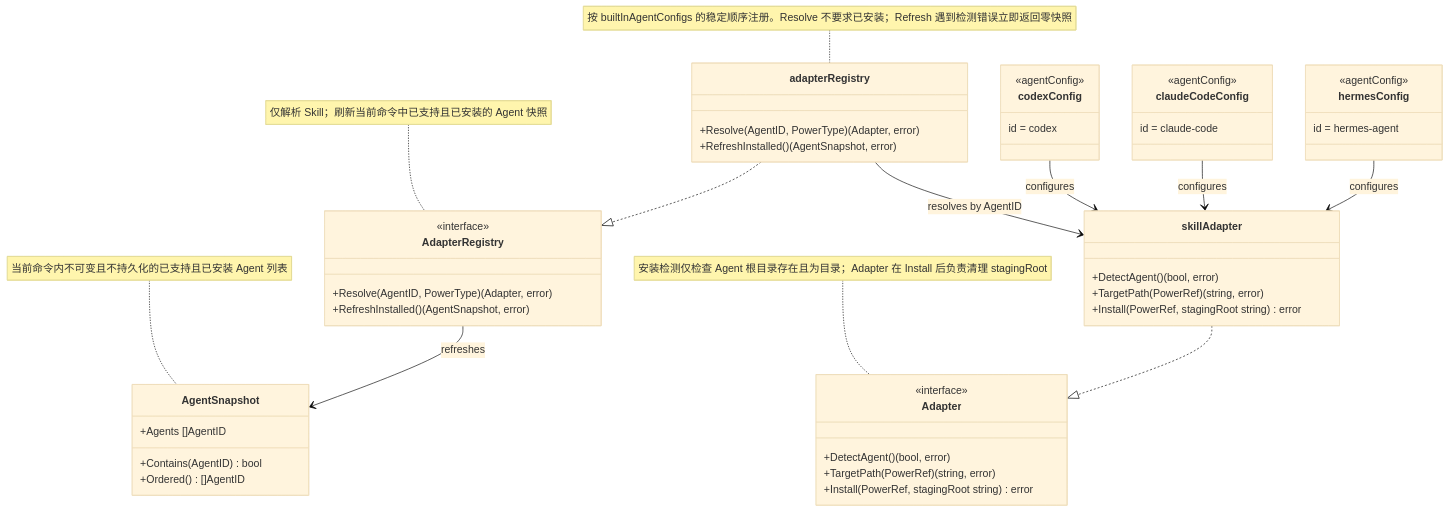
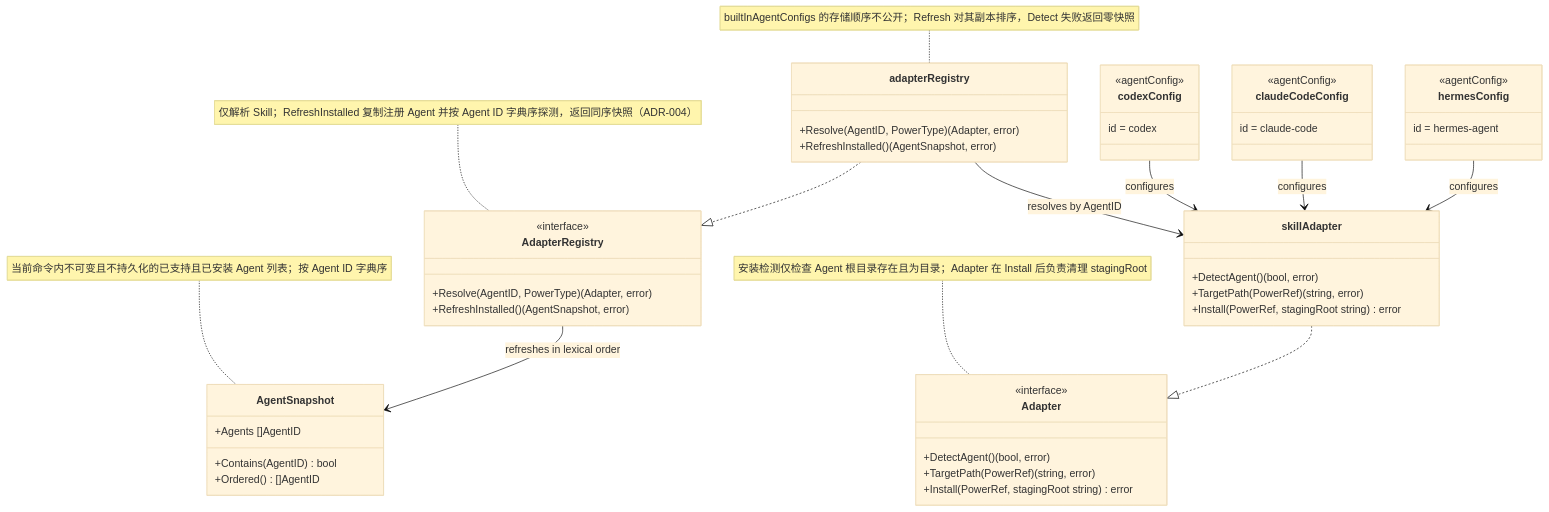
The diagram in ivory-tower/c4/components/apm-cli-diagrams/adapter-registry.mmd (spacemit-com/agent-power-manager), drawn with Mermaid (base theme) before and after one commit. The commit also changed 17 other files, not shown here.

```diff
--- a/ivory-tower/c4/components/apm-cli-diagrams/adapter-registry.mmd
+++ b/ivory-tower/c4/components/apm-cli-diagrams/adapter-registry.mmd
@@ -1,55 +1,55 @@
 classDiagram
-    note for AdapterRegistry "仅解析 Skill；刷新当前命令中已支持且已安装的 Agent 快照"
+    note for AdapterRegistry "仅解析 Skill；RefreshInstalled 复制注册 Agent 并按 Agent ID 字典序探测，返回同序快照（ADR-004）"
     class AdapterRegistry {
         <<interface>>
         +Resolve(AgentID, PowerType) (Adapter, error)
         +RefreshInstalled() (AgentSnapshot, error)
     }
 
     note for Adapter "安装检测仅检查 Agent 根目录存在且为目录；Adapter 在 Install 后负责清理 stagingRoot"
     class Adapter {
         <<interface>>
         +DetectAgent() (bool, error)
         +TargetPath(PowerRef) (string, error)
         +Install(PowerRef, stagingRoot string) error
     }
 
-    note for AgentSnapshot "当前命令内不可变且不持久化的已支持且已安装 Agent 列表"
+    note for AgentSnapshot "当前命令内不可变且不持久化的已支持且已安装 Agent 列表；按 Agent ID 字典序"
     class AgentSnapshot {
         +Agents []AgentID
         +Contains(AgentID) bool
         +Ordered() []AgentID
     }
 
-    note for adapterRegistry "按 builtInAgentConfigs 的稳定顺序注册。Resolve 不要求已安装；Refresh 遇到检测错误立即返回零快照"
+    note for adapterRegistry "builtInAgentConfigs 的存储顺序不公开；Refresh 对其副本排序，Detect 失败返回零快照"
     class adapterRegistry {
         +Resolve(AgentID, PowerType) (Adapter, error)
         +RefreshInstalled() (AgentSnapshot, error)
     }
 
     class skillAdapter {
         +DetectAgent() (bool, error)
         +TargetPath(PowerRef) (string, error)
         +Install(PowerRef, stagingRoot string) error
     }
 
     class codexConfig {
         <<agentConfig>>
         id = codex
     }
     class claudeCodeConfig {
         <<agentConfig>>
         id = claude-code
     }
     class hermesConfig {
         <<agentConfig>>
         id = hermes-agent
     }
 
     adapterRegistry ..|> AdapterRegistry
     adapterRegistry --> skillAdapter : resolves by AgentID
-    AdapterRegistry --> AgentSnapshot : refreshes
+    AdapterRegistry --> AgentSnapshot : refreshes in lexical order
     skillAdapter ..|> Adapter
     codexConfig --> skillAdapter : configures
     claudeCodeConfig --> skillAdapter : configures
     hermesConfig --> skillAdapter : configures
```
